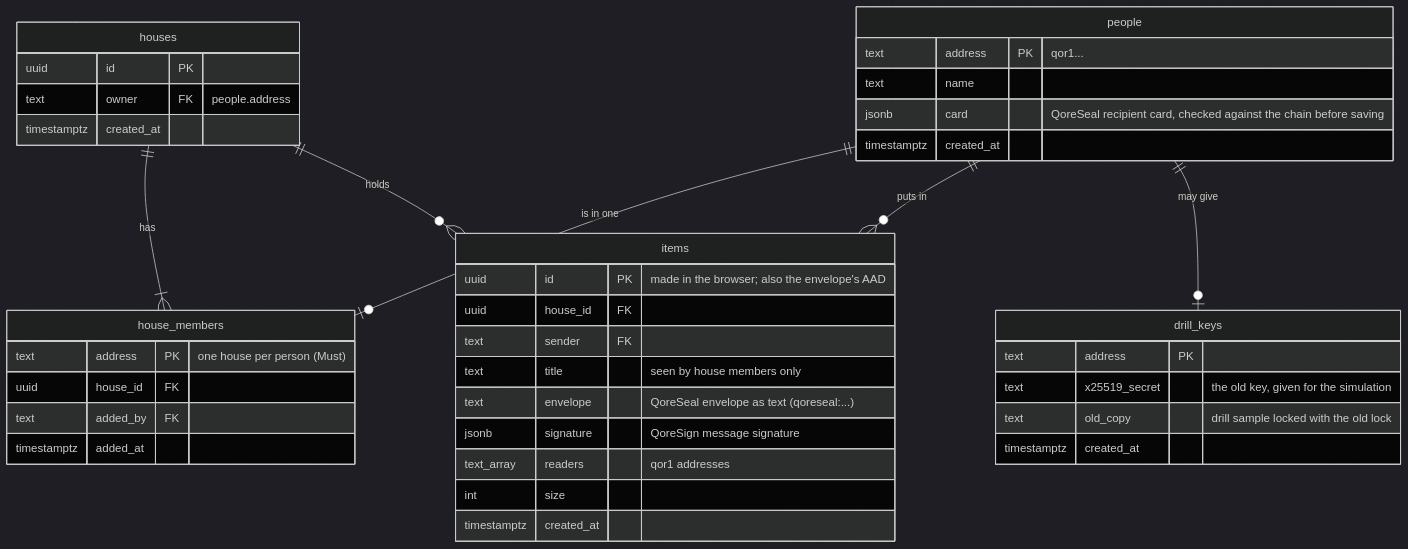
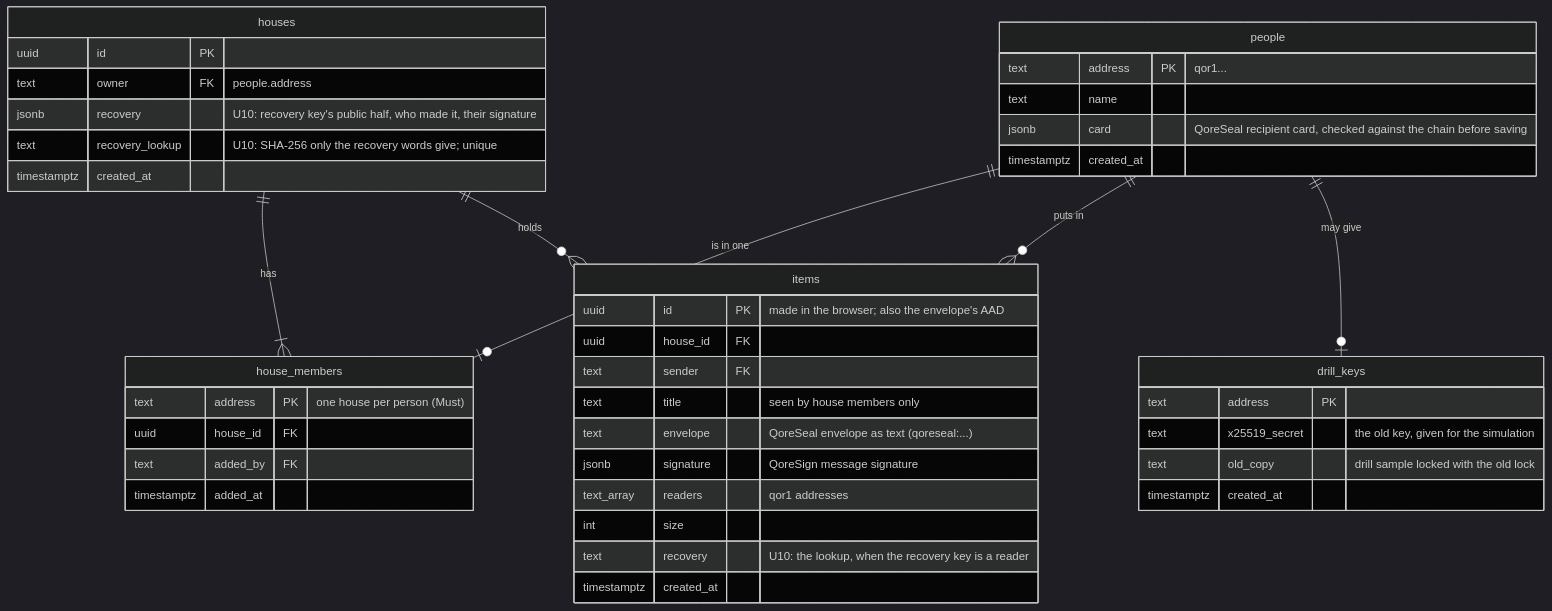
The diagram in docs/PLAN.md (ervhint/lockhouse), drawn with Mermaid (dark theme) before and after one commit. The commit also changed other lines of this file and 29 other files, not shown here.

First line of the commit message:
Add U10: a recovery key for the house

````diff
--- a/docs/PLAN.md
+++ b/docs/PLAN.md
@@ -96,42 +96,45 @@
 ```mermaid
 erDiagram
   people ||--o| house_members : "is in one"
   houses ||--|{ house_members : has
   houses ||--o{ items : holds
   people ||--o{ items : "puts in"
   people ||--o| drill_keys : "may give"
   people {
     text address PK "qor1..."
     text name
     jsonb card "QoreSeal recipient card, checked against the chain before saving"
     timestamptz created_at
   }
   houses {
     uuid id PK
     text owner FK "people.address"
+    jsonb recovery "U10: recovery key's public half, who made it, their signature"
+    text recovery_lookup "U10: SHA-256 only the recovery words give; unique"
     timestamptz created_at
   }
   house_members {
     text address PK "one house per person (Must)"
     uuid house_id FK
     text added_by FK
     timestamptz added_at
   }
   items {
     uuid id PK "made in the browser; also the envelope's AAD"
     uuid house_id FK
     text sender FK
     text title "seen by house members only"
     text envelope "QoreSeal envelope as text (qoreseal:...)"
     jsonb signature "QoreSign message signature"
     text_array readers "qor1 addresses"
     int size
+    text recovery "U10: the lookup, when the recovery key is a reader"
     timestamptz created_at
   }
   drill_keys {
     text address PK
     text x25519_secret "the old key, given for the simulation"
     text old_copy "drill sample locked with the old lock"
     timestamptz created_at
   }
 ```
````
